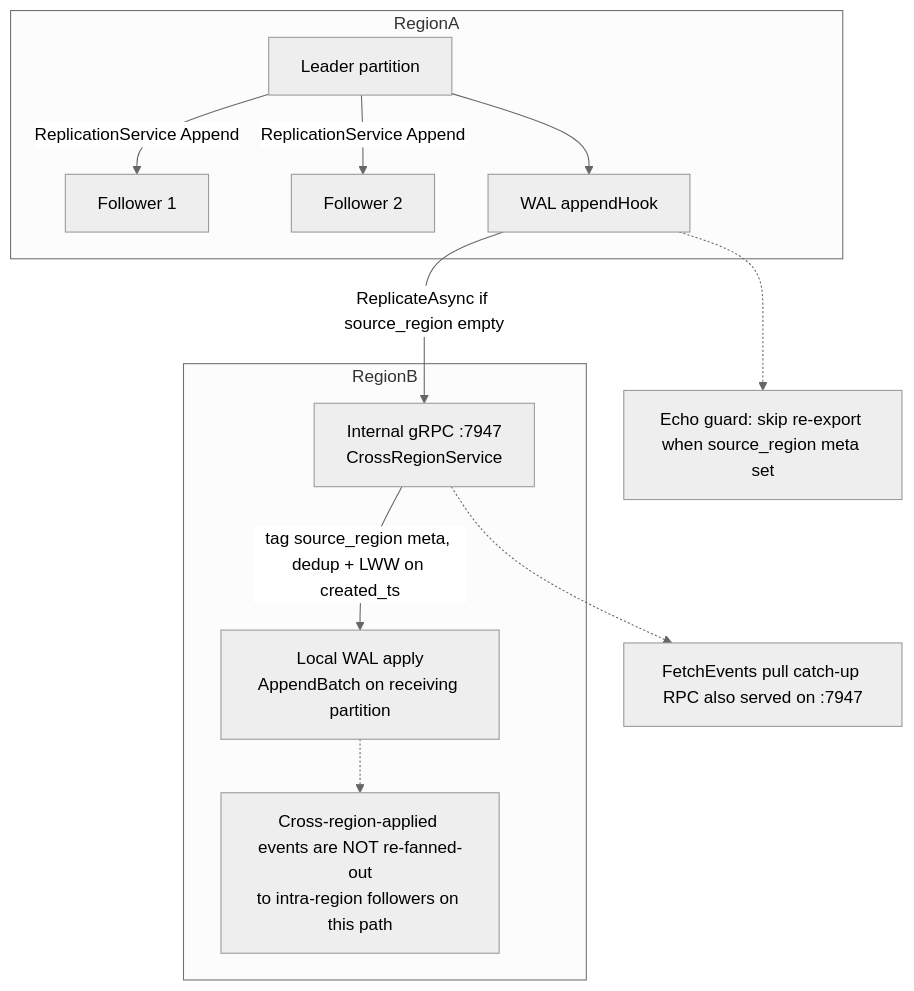
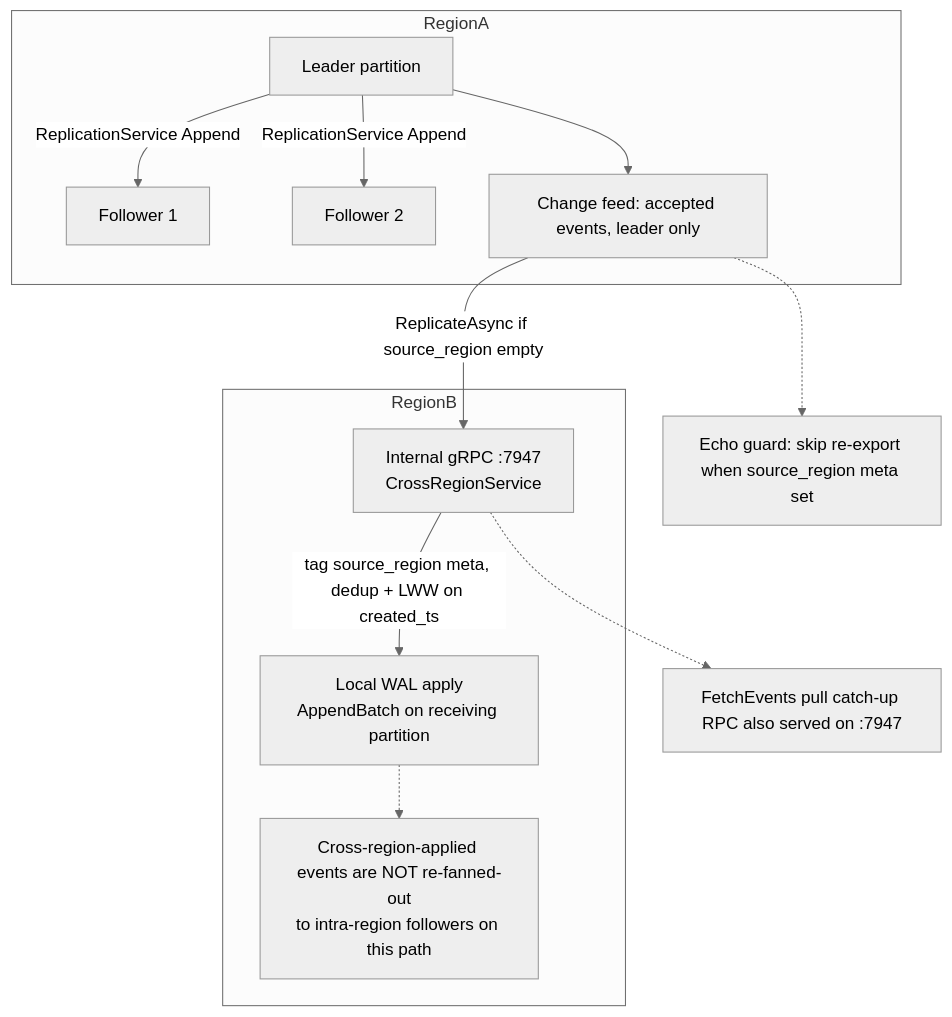
One commit to jatin711-debug/cronos_db_golang changed the diagram in docs/architecture/features/replication.md. Above: the diagram before and after it, drawn with Mermaid (neutral theme). The commit also changed other lines of this file and 13 other files, not shown here.

````diff
--- a/docs/architecture/features/replication.md
+++ b/docs/architecture/features/replication.md
@@ -249,27 +265,27 @@
 ```mermaid
 flowchart TB
     subgraph RegionA
       ALeader[Leader partition]
       AFollower1[Follower 1]
       AFollower2[Follower 2]
-      AHook[WAL appendHook]
+      AHook["Change feed: accepted events, leader only"]
     end
     subgraph RegionB
       BInternal["Internal gRPC :7947<br/>CrossRegionService"]
       BApply["Local WAL apply<br/>AppendBatch on receiving partition"]
       BNote["Cross-region-applied events are NOT re-fanned-out<br/>to intra-region followers on this path"]
     end
 
     ALeader --> AHook
     AHook -->|"ReplicateAsync if source_region empty"| BInternal
     BInternal -->|"tag source_region meta, dedup + LWW on created_ts"| BApply
     BApply -.-> BNote
     ALeader -->|"ReplicationService Append"| AFollower1
     ALeader -->|"ReplicationService Append"| AFollower2
 
     Fetch["FetchEvents pull catch-up RPC also served on :7947"]
     BInternal -.-> Fetch
 
     EchoGuard["Echo guard: skip re-export when source_region meta set"]
     AHook -.-> EchoGuard
 ```
````
